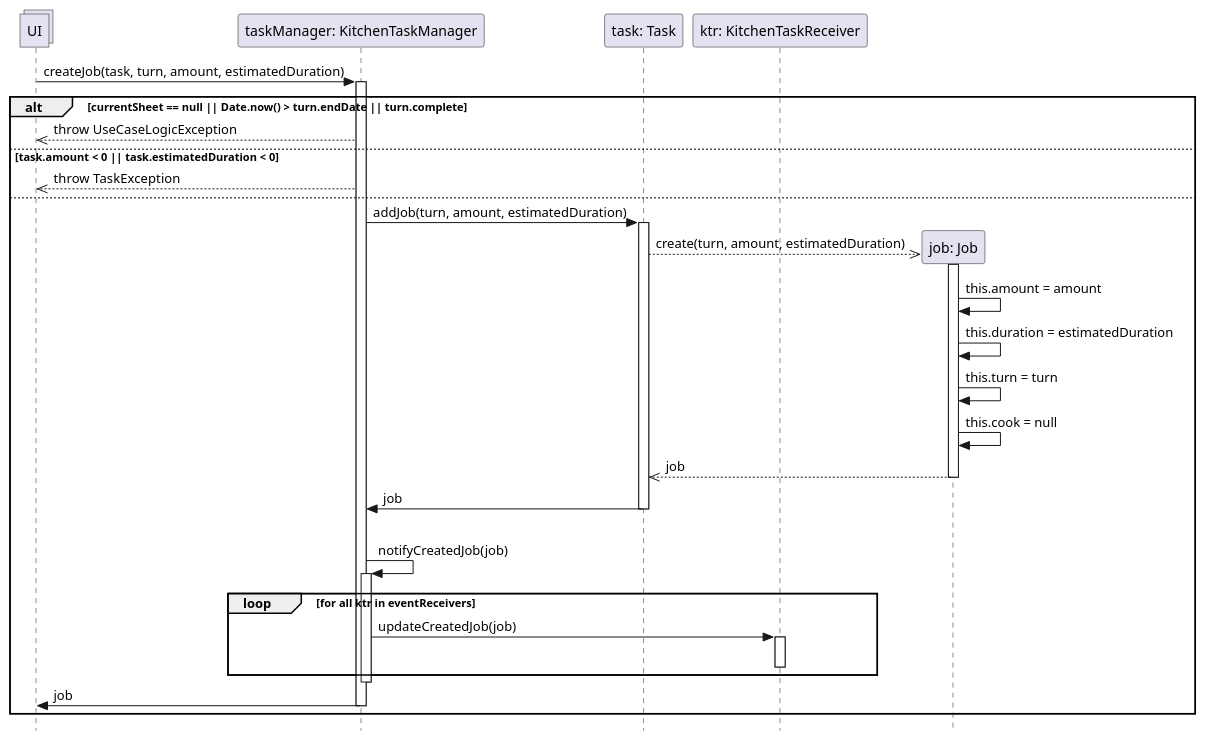
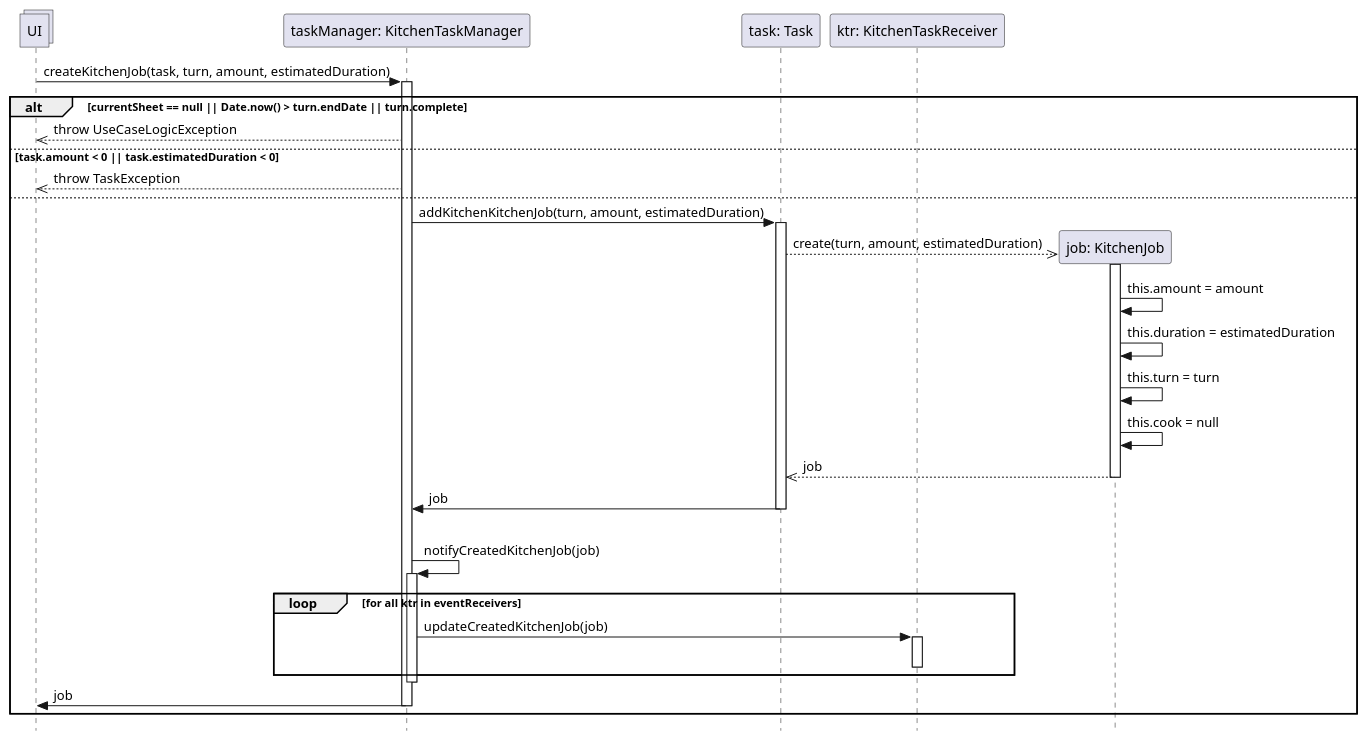
Before and after one commit to stefa168/sas-project: the diagram in Progettazione/UC Gestire Compiti Cucina/DSD/DSD Operazione 6.puml, drawn with PlantUML. The commit also changed 9 other files, not shown here.

Commit message:
Adattati tutti i riferimenti a Turn e Job che ora sono KitchenTurn e KitchenJob

```diff
--- a/Progettazione/UC Gestire Compiti Cucina/DSD/DSD Operazione 6.puml
+++ b/Progettazione/UC Gestire Compiti Cucina/DSD/DSD Operazione 6.puml
@@ -1,51 +1,51 @@
 @startuml Operazione 6
 skinparam Style strictuml
 
 collections UI
 
 participant "taskManager: KitchenTaskManager" as tm
-UI -> tm: createJob(task, turn, amount, estimatedDuration)
+UI -> tm: createKitchenJob(task, turn, amount, estimatedDuration)
 activate tm
 
 participant "task: Task" as task
 participant "ktr: KitchenTaskReceiver" as ktr
 
 alt currentSheet == null || Date.now() > turn.endDate || turn.complete
     UI <<-- tm: throw UseCaseLogicException
 else task.amount < 0 || task.estimatedDuration < 0
     UI <<-- tm: throw TaskException
 else
 
-    tm -> task: addJob(turn, amount, estimatedDuration)
+    tm -> task: addKitchenKitchenJob(turn, amount, estimatedDuration)
     activate task
 
-    participant "job: Job" as job
+    participant "job: KitchenJob" as job
     task -->> job**: create(turn, amount, estimatedDuration)
 
     activate job
         job -> job: this.amount = amount
         job -> job: this.duration = estimatedDuration
         job -> job: this.turn = turn
         job -> job: this.cook = null
 
     return job
 
     tm <- task: job
     deactivate task
 
     |||
-    tm -> tm: notifyCreatedJob(job)
+    tm -> tm: notifyCreatedKitchenJob(job)
     activate tm
     loop for all ktr in eventReceivers
-        tm -> ktr : updateCreatedJob(job)
+        tm -> ktr : updateCreatedKitchenJob(job)
         activate ktr
         deactivate ktr
     end
     deactivate tm
 
     UI <- tm: job
     deactivate tm
     
 end
 
 @enduml
```
